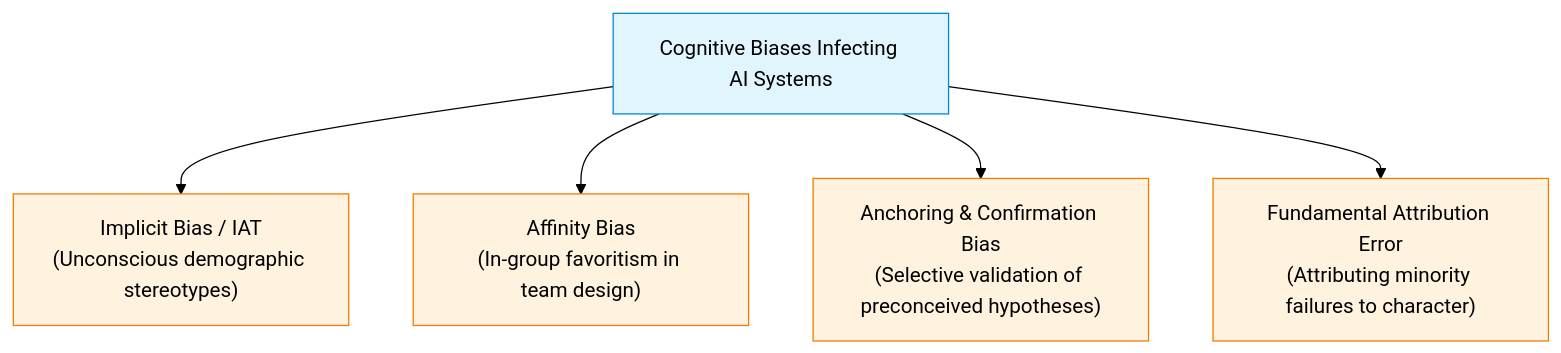
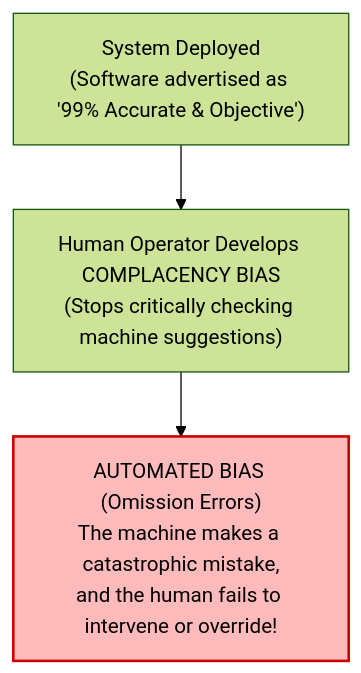
The fourth of 6 diagrams in Engg. Ethics/Final/Lecture 9 - Types of Biases in Data-driven Technology.md (SMTEmon/2-2), drawn with Mermaid (forest theme) before and after one commit. The commit also changed other lines of this file and 32 other files, not shown here.

````diff
--- a/Engg. Ethics/Final/Lecture 9 - Types of Biases in Data-driven Technology.md
+++ b/Engg. Ethics/Final/Lecture 9 - Types of Biases in Data-driven Technology.md
@@ -139,13 +177,6 @@
 ```mermaid
-flowchart TD
-    A["Cognitive Biases Infecting AI Systems"] --> B["Implicit Bias / IAT<br>(Unconscious demographic stereotypes)"]
-    A --> C["Affinity Bias<br>(In-group favoritism in team design)"]
-    A --> D["Anchoring & Confirmation Bias<br>(Selective validation of preconceived hypotheses)"]
-    A --> E["Fundamental Attribution Error<br>(Attributing minority failures to character)"]
-
-    style A fill:#e1f5fe,stroke:#0288d1
-    style B fill:#fff3e0,stroke:#f57c00
-    style C fill:#fff3e0,stroke:#f57c00
-    style D fill:#fff3e0,stroke:#f57c00
-    style E fill:#fff3e0,stroke:#f57c00
+graph TD
+    A["System Deployed<br>(Software advertised as '99% Accurate & Objective')"] --> B["Human Operator Develops COMPLACENCY BIAS<br>(Stops critically checking machine suggestions)"]
+    B --> C["AUTOMATED BIAS (Omission Errors)<br>The machine makes a catastrophic mistake,<br>and the human fails to intervene or override!"]
+    style C fill:#fbb,stroke:#c00,stroke-width:2px
 ```
````
